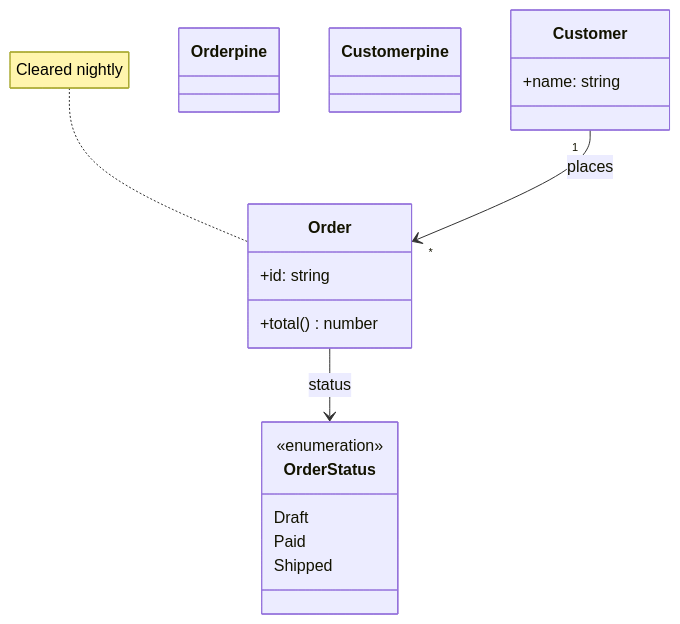
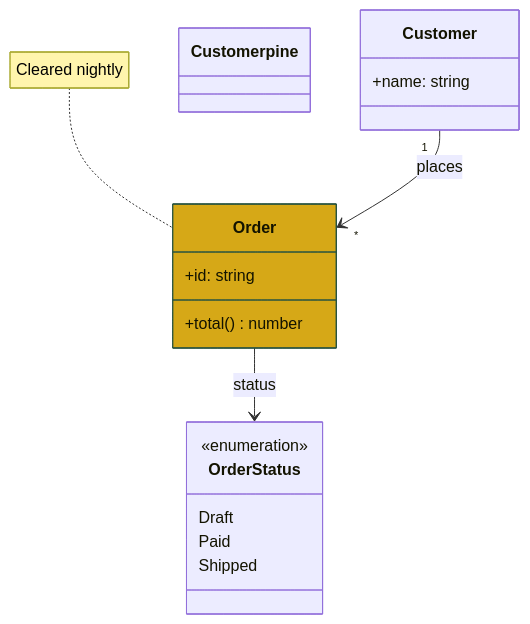
The diagram in examples/example.mmd (aefremov88/shiny-diagram), drawn with Mermaid before and after one commit. The commit also changed 36 other files, not shown here.

```diff
--- a/examples/example.mmd
+++ b/examples/example.mmd
@@ -1,31 +1,32 @@
 classDiagram
 
 class Order {
   +id: string
   +total() number
 }
 
 class Customer {
   +name: string
 }
 
 class OrderStatus {
   <<enumeration>>
   Draft
   Paid
   Shipped
 }
 
 Customer "1" --> "*" Order : places
 Order --> OrderStatus : status
 
 %% @note: x=240 y=-19 w=170 h=56
 note for Order "Cleared nightly"
 
 classDef pine fill:#779c8c,stroke:#275340
-class Order pine
 class Customer pine
 
+style Order fill:#d6a817,stroke:#275340
+
 %% @spatial:Order x=240 y=60 w=170 h=90
-%% @spatial:Customer x=20 y=60 w=150 h=70
+%% @spatial:Customer x=7 y=76 w=150 h=108
 %% @spatial:OrderStatus x=250 y=210 w=150 h=110
```
